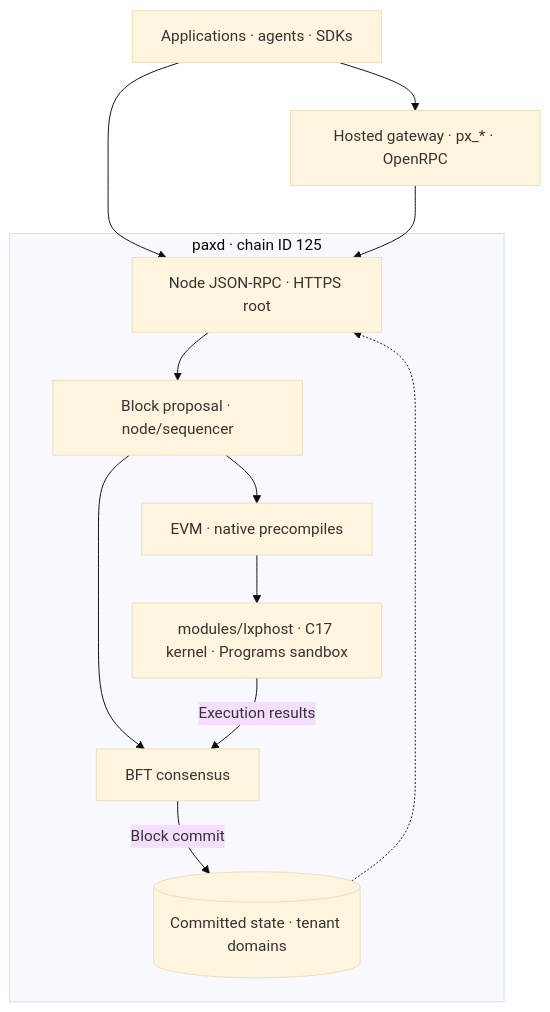
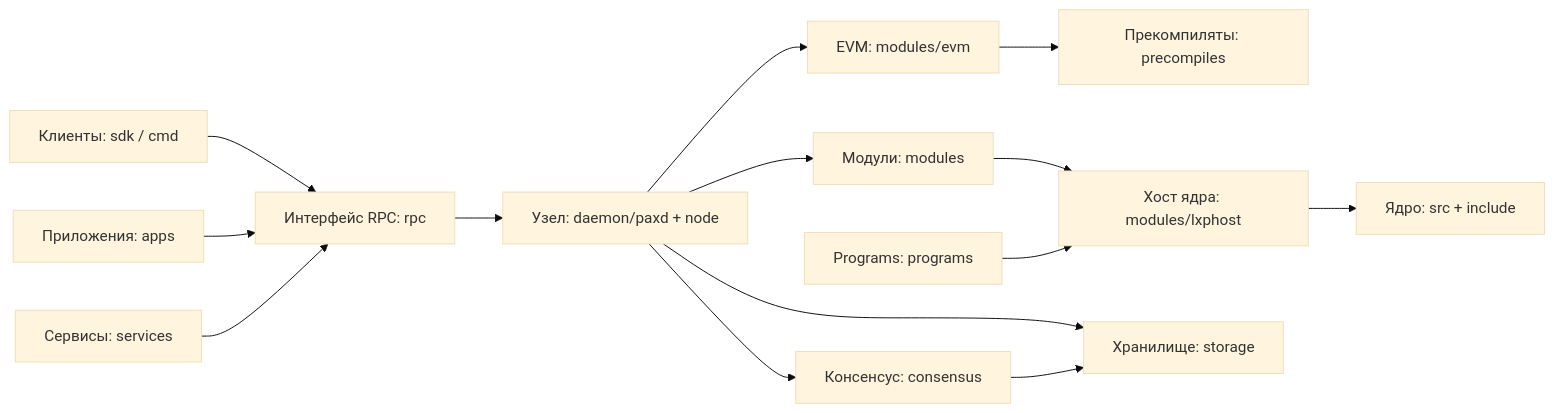
The diagram in docs/readme/README.ru.md (Sidiora-Labs/paxeer-monorepo), drawn with Mermaid (base theme) before and after one commit. The commit also changed other lines of this file and 6 other files, not shown here.

````diff
--- a/docs/readme/README.ru.md
+++ b/docs/readme/README.ru.md
@@ -157,23 +46,16 @@
 ```mermaid
-flowchart TB
-  clients["Applications · agents · SDKs"]
-  gateway["Hosted gateway · px_* · OpenRPC"]
-  subgraph node ["paxd · chain ID 125"]
-    api["Node JSON-RPC · HTTPS root"]
-    proposal["Block proposal · node/sequencer"]
-    consensus["BFT consensus"]
-    evm["EVM · native precompiles"]
-    host["modules/lxphost · C17 kernel · Programs sandbox"]
-    state[("Committed state · tenant domains")]
-  end
-  clients --> api
-  clients --> gateway
-  gateway --> api
-  api --> proposal
-  proposal --> evm
-  evm --> host
-  proposal --> consensus
-  host -->|"Execution results"| consensus
-  consensus -->|"Block commit"| state
-  state -.-> api
+flowchart LR
+    Clients["Клиенты: sdk / cmd"] --> RPC["Интерфейс RPC: rpc"]
+    Apps["Приложения: apps"] --> RPC
+    Services["Сервисы: services"] --> RPC
+    RPC --> Node["Узел: daemon/paxd + node"]
+    Node --> Consensus["Консенсус: consensus"]
+    Node --> Modules["Модули: modules"]
+    Node --> EVM["EVM: modules/evm"]
+    EVM --> Precompiles["Прекомпиляты: precompiles"]
+    Modules --> KernelHost["Хост ядра: modules/lxphost"]
+    KernelHost --> Kernel["Ядро: src + include"]
+    Programs["Programs: programs"] --> KernelHost
+    Node --> Storage["Хранилище: storage"]
+    Consensus --> Storage
 ```
````
